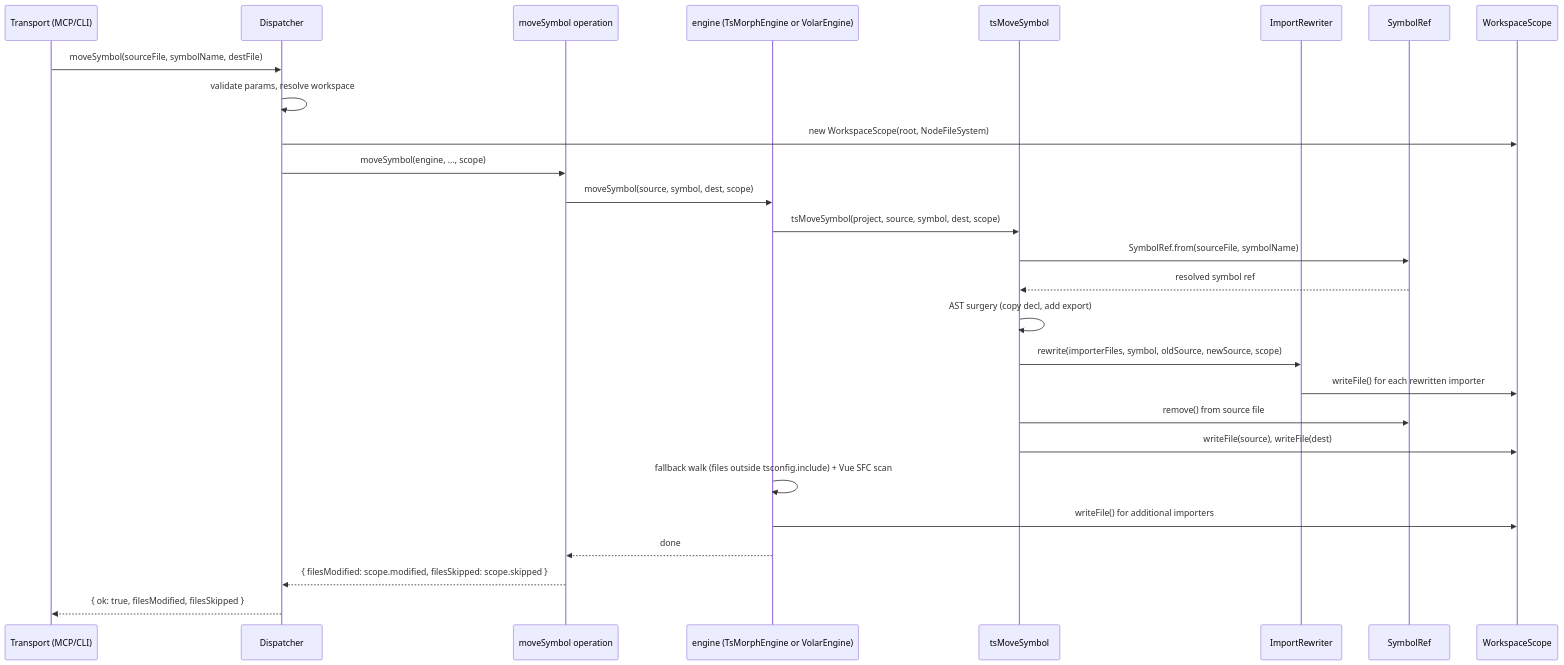
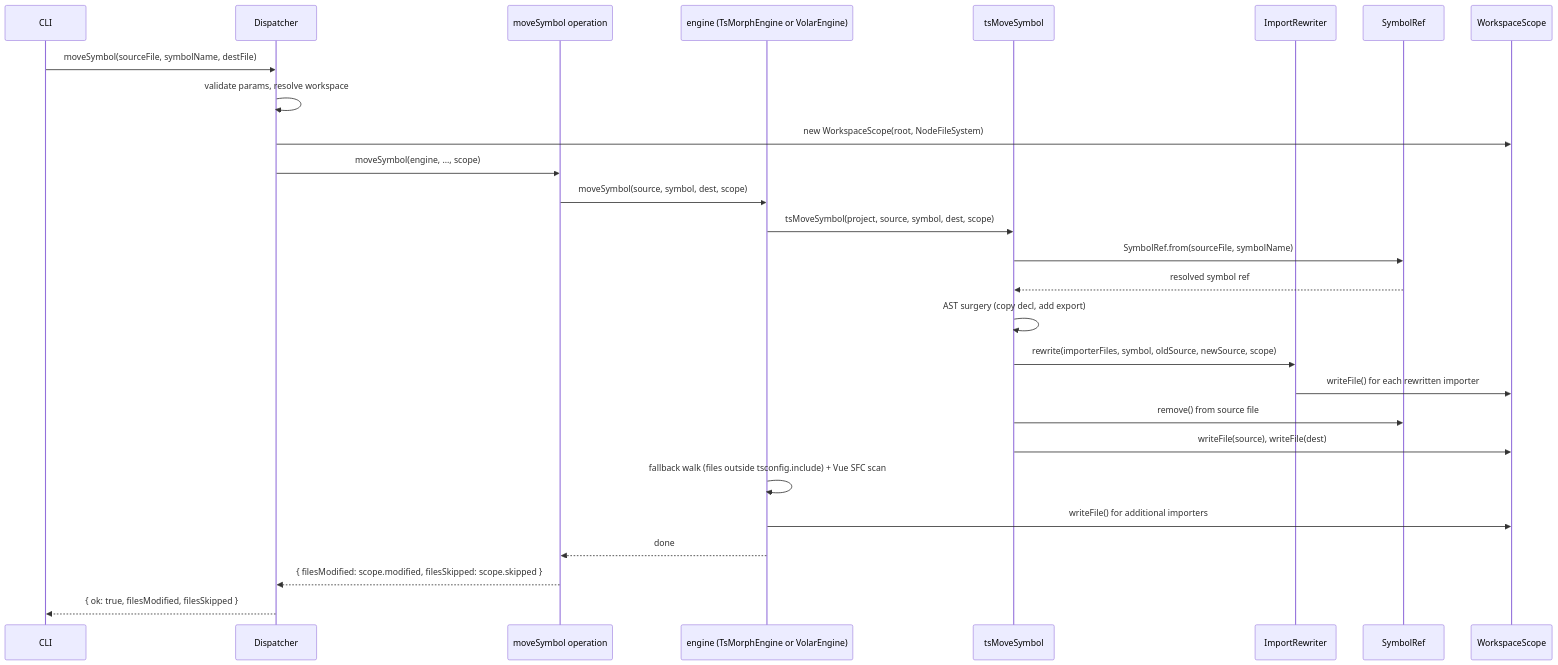
Before and after one commit to yearofthedan/weaver: the second of 2 diagrams in docs/architecture.md, drawn with Mermaid. The commit also changed other lines of this file and 11 other files, not shown here.

First line of the commit message:
docs: reconcile documentation for the CLI-only architecture

````diff
--- a/docs/architecture.md
+++ b/docs/architecture.md
@@ -135,30 +133,30 @@
 ```mermaid
 sequenceDiagram
-    participant T as Transport (MCP/CLI)
+    participant T as CLI
     participant D as Dispatcher
     participant O as moveSymbol operation
     participant E as engine (TsMorphEngine or VolarEngine)
     participant TMS as tsMoveSymbol
     participant IR as ImportRewriter
     participant SR as SymbolRef
     participant WS as WorkspaceScope
 
     T->>D: moveSymbol(sourceFile, symbolName, destFile)
     D->>D: validate params, resolve workspace
     D->>WS: new WorkspaceScope(root, NodeFileSystem)
     D->>O: moveSymbol(engine, ..., scope)
     O->>E: moveSymbol(source, symbol, dest, scope)
     E->>TMS: tsMoveSymbol(project, source, symbol, dest, scope)
     TMS->>SR: SymbolRef.from(sourceFile, symbolName)
     SR-->>TMS: resolved symbol ref
     TMS->>TMS: AST surgery (copy decl, add export)
     TMS->>IR: rewrite(importerFiles, symbol, oldSource, newSource, scope)
     IR->>WS: writeFile() for each rewritten importer
     TMS->>SR: remove() from source file
     TMS->>WS: writeFile(source), writeFile(dest)
     E->>E: fallback walk (files outside tsconfig.include) + Vue SFC scan
     E->>WS: writeFile() for additional importers
     E-->>O: done
     O-->>D: { filesModified: scope.modified, filesSkipped: scope.skipped }
     D-->>T: { ok: true, filesModified, filesSkipped }
 ```
````
